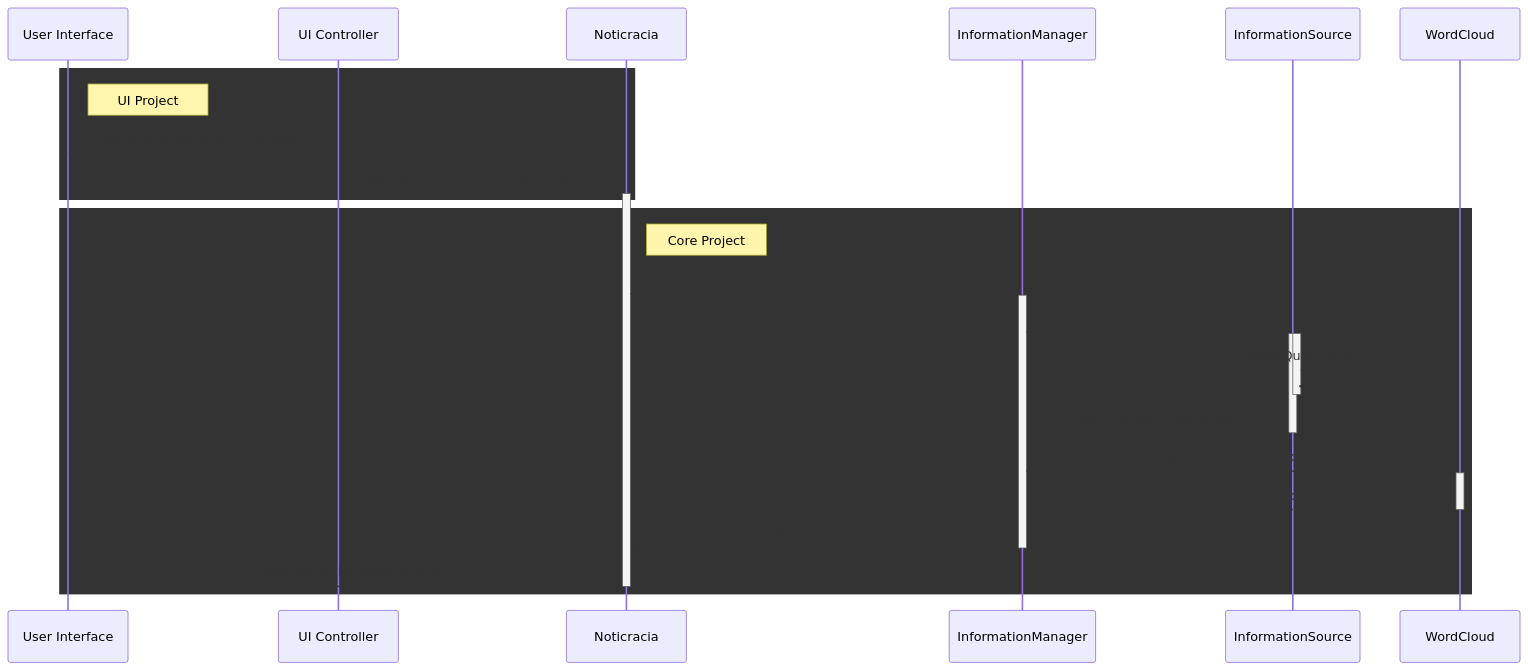
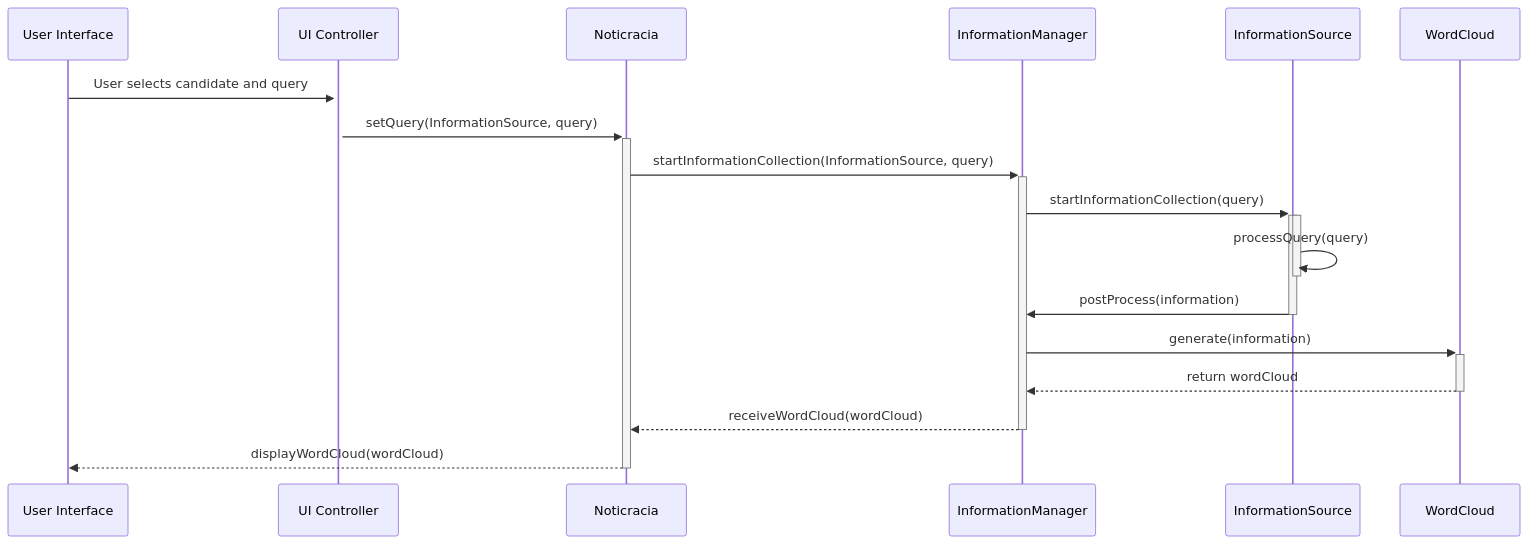
Before and after one commit to juanmanuellosada/noticracia-core: the second of 2 diagrams in README.md, drawn with Mermaid.

Commit message:
Simplifico diagrama

````diff
--- a/README.md
+++ b/README.md
@@ -58,30 +58,22 @@
 ```mermaid
 sequenceDiagram
     participant UI as User Interface
     participant Controller as UI Controller
+    participant Noticracia
+    participant InfoMgr as InformationManager
+    participant InfoSrc as InformationSource
+    participant WordCloud
 
-    rect stroke-dasharray="5 5" stroke="gray" fill-opacity="0"
-        note right of UI: UI Project
-        UI->>+Controller: User selects candidate and query
-        Controller->>+Noticracia: setQuery(InformationSource, query)
-    end
-
-    rect stroke-dasharray="5 5" stroke="gray" fill-opacity="0"
-        participant Noticracia
-        participant InfoMgr as InformationManager
-        participant InfoSrc as InformationSource
-        participant WordCloud
-
-        note right of Noticracia: Core Project
-        Noticracia->>+InfoMgr: startInformationCollection(InformationSource, query)
-        InfoMgr->>+InfoSrc: startInformationCollection(query)
-        activate InfoSrc
-        InfoSrc->>InfoSrc: processQuery(query)
-        deactivate InfoSrc
-        InfoSrc->>-InfoMgr: postProcess(information)
-        InfoMgr->>+WordCloud: generate(information)
-        WordCloud-->>-InfoMgr: return wordCloud
-        InfoMgr-->>-Noticracia: receiveWordCloud(wordCloud)
-        Noticracia-->>-UI: displayWordCloud(wordCloud)
-    end
+    UI->>+Controller: User selects candidate and query
+    Controller->>+Noticracia: setQuery(InformationSource, query)
+    Noticracia->>+InfoMgr: startInformationCollection(InformationSource, query)
+    InfoMgr->>+InfoSrc: startInformationCollection(query)
+    activate InfoSrc
+    InfoSrc->>InfoSrc: processQuery(query)
+    deactivate InfoSrc
+    InfoSrc->>-InfoMgr: postProcess(information)
+    InfoMgr->>+WordCloud: generate(information)
+    WordCloud-->>-InfoMgr: return wordCloud
+    InfoMgr-->>-Noticracia: receiveWordCloud(wordCloud)
+    Noticracia-->>-UI: displayWordCloud(wordCloud)
 ```
````
